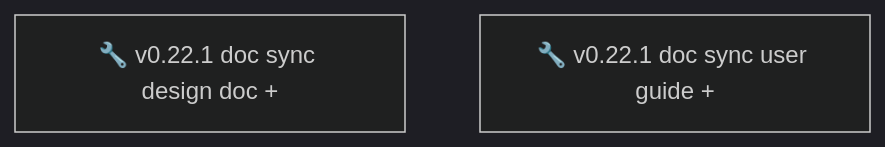
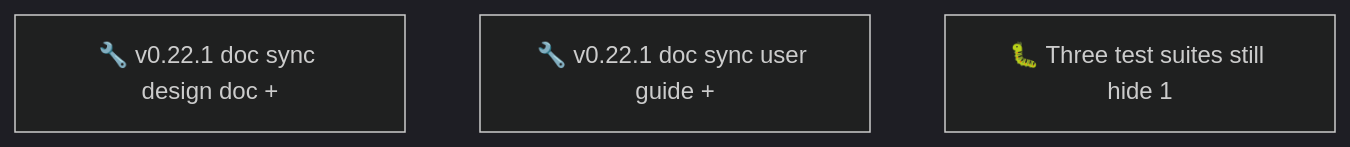
Before and after one commit to SpillwaveSolutions/wiki_ticket_sdd: the second of 2 diagrams in docs/roadmap.md, drawn with Mermaid (dark theme). The commit also changed other lines of this file and 12 other files, not shown here.

````diff
--- a/docs/roadmap.md
+++ b/docs/roadmap.md
@@ -59,5 +66,6 @@
 ```mermaid
 graph TD
     01KZC7BEFK020YSGQSBB1Z70PX["🔧 v0.22.1 doc sync design doc +"]
     01KZC7BEN8HXMT90Q4P033YA0Q["🔧 v0.22.1 doc sync user guide +"]
+    01KZC83EFJV7S63VAXTPRB2YH3["🐛 Three test suites still hide 1"]
 ```
````
